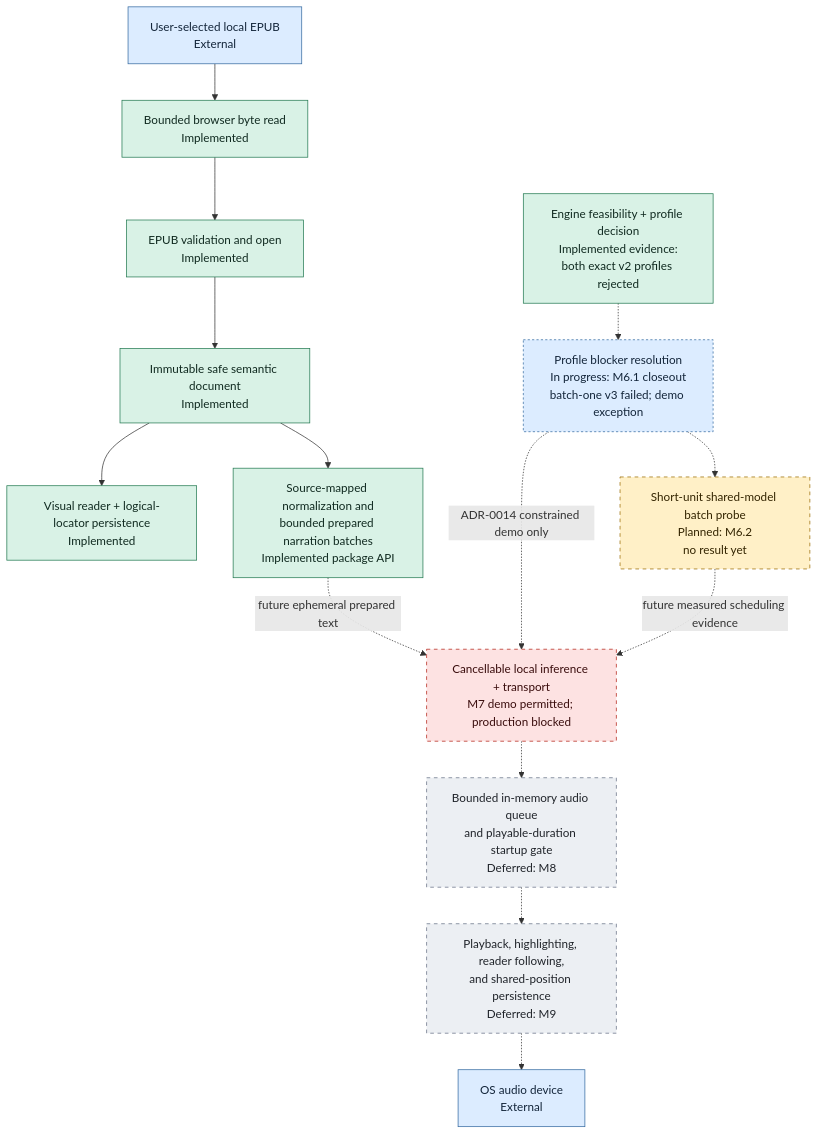
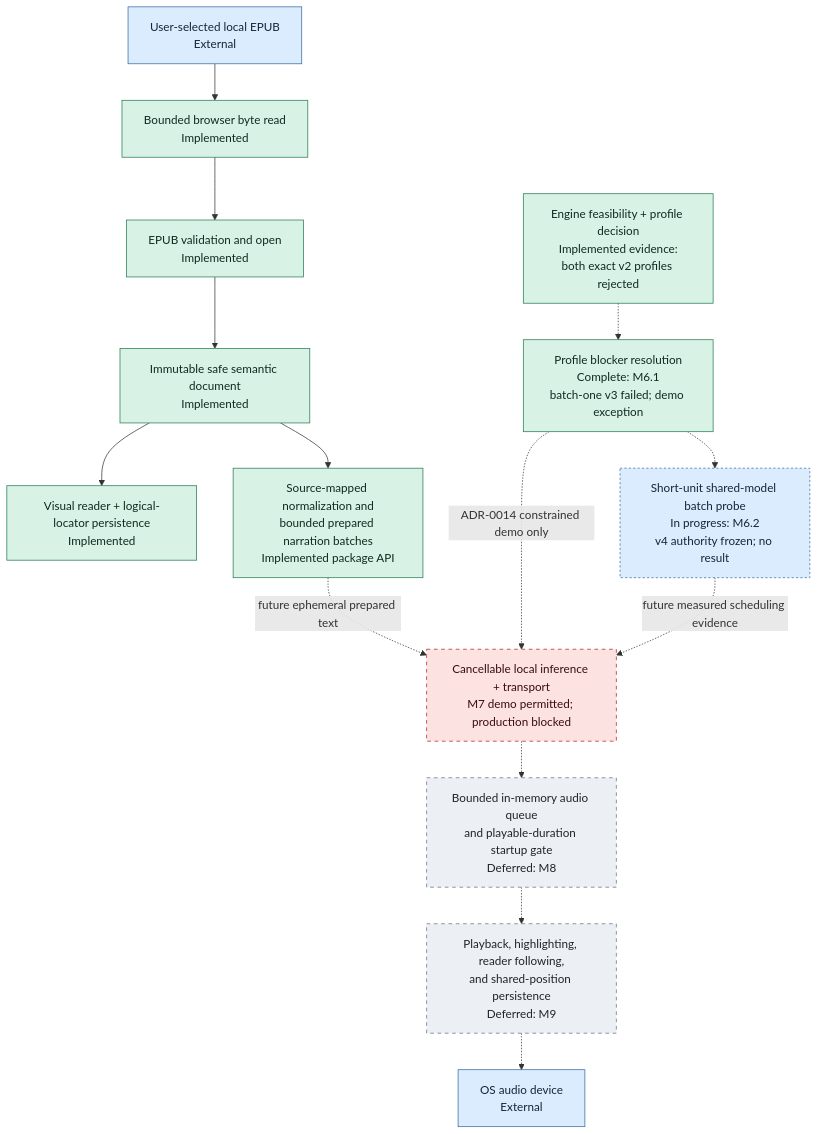
One commit to mmjosedaniel/voxleaf changed the second of 2 diagrams in docs/architecture/system-diagram.md. Above: the diagram before and after it, drawn with Mermaid. The commit also changed other lines of this file and 18 other files, not shown here.

First line of the commit message:
feat(tts): freeze v4 batch evaluation authority (#105)

````diff
--- a/docs/architecture/system-diagram.md
+++ b/docs/architecture/system-diagram.md
@@ -107,34 +107,34 @@
 ```mermaid
 flowchart TD
     classDef implemented fill:#d9f2e6,stroke:#247a52,color:#102a20
     classDef progress fill:#dcecff,stroke:#356aa0,color:#13253a,stroke-dasharray: 3 3
     classDef planned fill:#fff0c7,stroke:#9a6b00,color:#332400,stroke-dasharray: 5 5
     classDef blocked fill:#fde2e2,stroke:#b42318,color:#3a0d0d,stroke-dasharray: 5 5
     classDef deferred fill:#eceff3,stroke:#667085,color:#20242a,stroke-dasharray: 5 5
     classDef external fill:#dcecff,stroke:#356aa0,color:#13253a
 
     FILE["User-selected local EPUB<br/>External"]:::external
     READ["Bounded browser byte read<br/>Implemented"]:::implemented
     OPEN["EPUB validation and open<br/>Implemented"]:::implemented
     SAFE["Immutable safe semantic document<br/>Implemented"]:::implemented
     VISUAL["Visual reader + logical-locator persistence<br/>Implemented"]:::implemented
     PREP["Source-mapped normalization and<br/>bounded prepared narration batches<br/>Implemented package API"]:::implemented
     PROFILE["Engine feasibility + profile decision<br/>Implemented evidence:<br/>both exact v2 profiles rejected"]:::implemented
-    NEXT_PROFILE["Profile blocker resolution<br/>In progress: M6.1 closeout<br/>batch-one v3 failed; demo exception"]:::progress
-    BATCH_PROBE["Short-unit shared-model batch probe<br/>Planned: M6.2<br/>no result yet"]:::planned
+    NEXT_PROFILE["Profile blocker resolution<br/>Complete: M6.1<br/>batch-one v3 failed; demo exception"]:::implemented
+    BATCH_PROBE["Short-unit shared-model batch probe<br/>In progress: M6.2<br/>v4 authority frozen; no result"]:::progress
     INFER["Cancellable local inference + transport<br/>M7 demo permitted; production blocked"]:::blocked
     BUFFER["Bounded in-memory audio queue<br/>and playable-duration startup gate<br/>Deferred: M8"]:::deferred
     FOLLOW["Playback, highlighting, reader following,<br/>and shared-position persistence<br/>Deferred: M9"]:::deferred
     DEVICE["OS audio device<br/>External"]:::external
 
     FILE --> READ --> OPEN --> SAFE --> VISUAL
     SAFE --> PREP
     PREP -.->|"future ephemeral prepared text"| INFER
     PROFILE -.-> NEXT_PROFILE
     NEXT_PROFILE -.-> BATCH_PROBE
     NEXT_PROFILE -.->|"ADR-0014 constrained demo only"| INFER
     BATCH_PROBE -.->|"future measured scheduling evidence"| INFER
     INFER -.-> BUFFER
     BUFFER -.-> FOLLOW
     FOLLOW -.-> DEVICE
 ```
````
